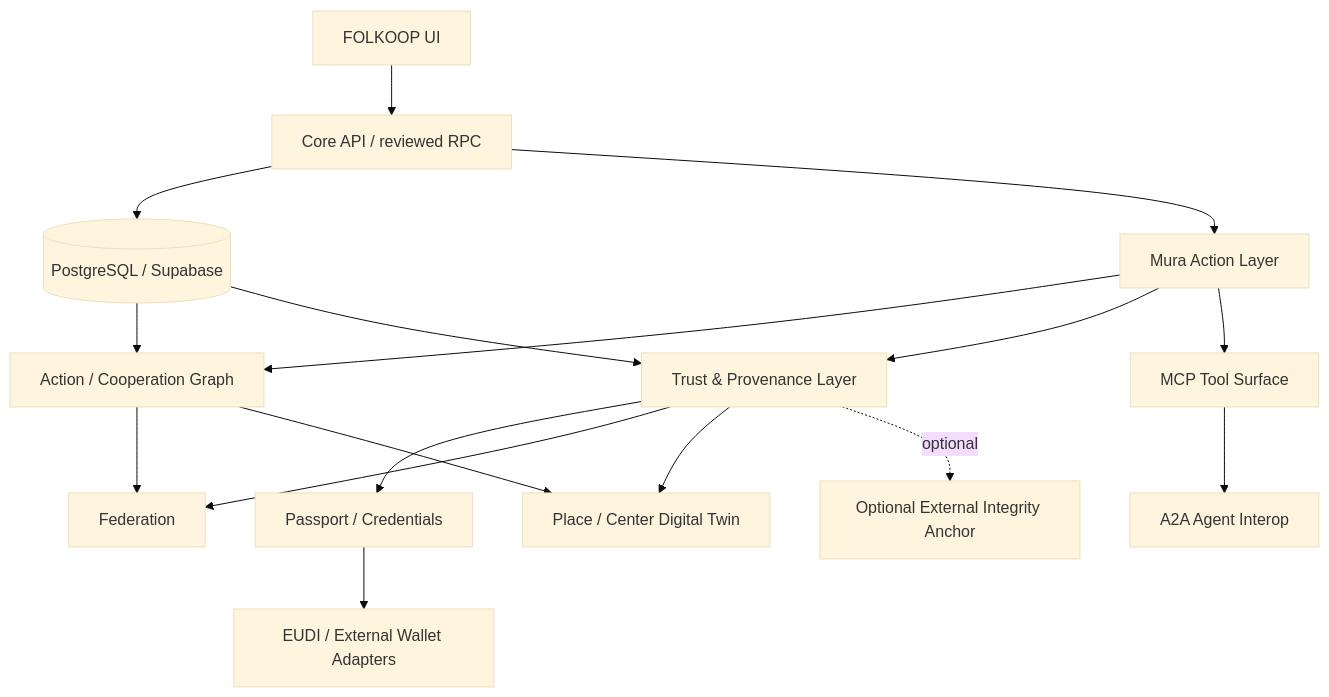
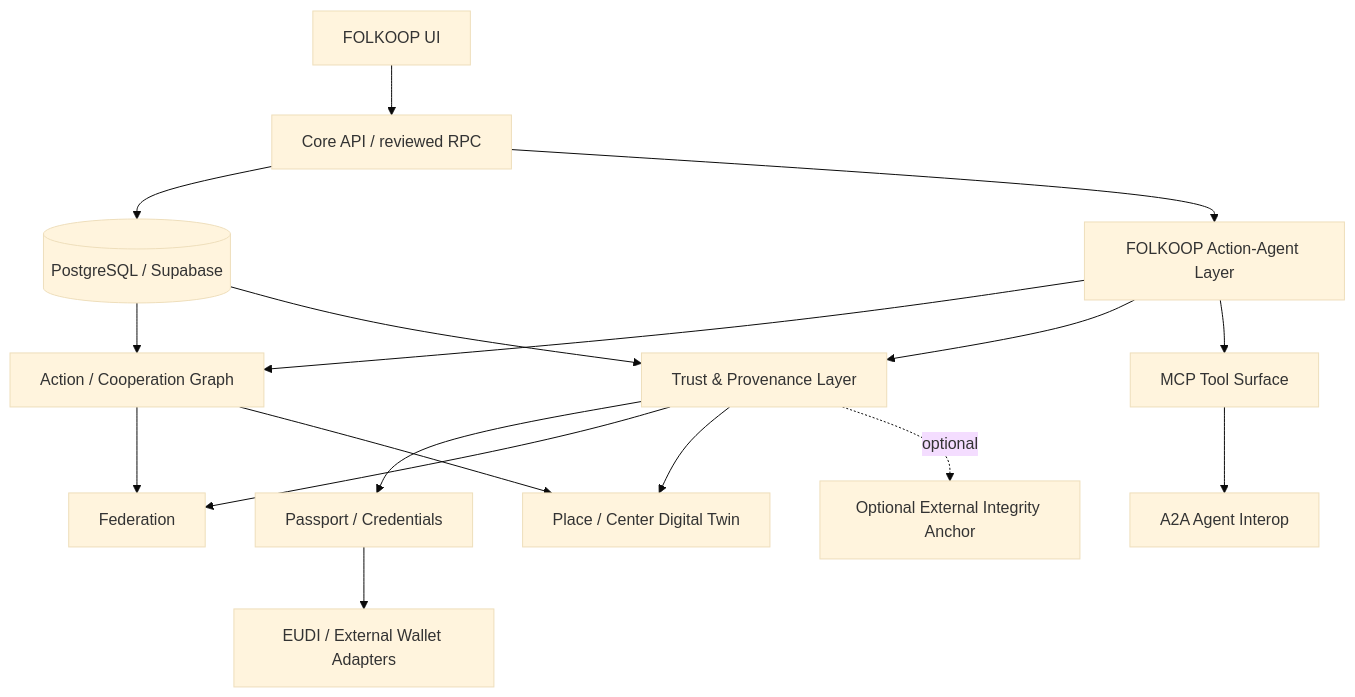
Before and after one commit to chup1runov/Folkoop: the first of 2 diagrams in docs/architecture/TRUST_IDENTITY_WEB4_ARCHITECTURE.md, drawn with Mermaid (base theme). The commit also changed other lines of this file, not shown here.

Commit message:
docs: keep future architecture under single FOLKOOP identity

````diff
--- a/docs/architecture/TRUST_IDENTITY_WEB4_ARCHITECTURE.md
+++ b/docs/architecture/TRUST_IDENTITY_WEB4_ARCHITECTURE.md
@@ -146,33 +146,33 @@
 ```mermaid
 flowchart TB
     UI[FOLKOOP UI]
     CORE[Core API / reviewed RPC]
     DB[(PostgreSQL / Supabase)]
     GRAPH[Action / Cooperation Graph]
     TRUST[Trust & Provenance Layer]
-    MURA[Mura Action Layer]
+    AGENT[FOLKOOP Action-Agent Layer]
     PASS[Passport / Credentials]
     FED[Federation]
     CENTER[Place / Center Digital Twin]
     MCP[MCP Tool Surface]
     A2A[A2A Agent Interop]
     EUDI[EUDI / External Wallet Adapters]
     ANCHOR[Optional External Integrity Anchor]
 
     UI --> CORE
     CORE --> DB
     DB --> GRAPH
     DB --> TRUST
-    CORE --> MURA
-    MURA --> GRAPH
-    MURA --> TRUST
-    MURA --> MCP
+    CORE --> AGENT
+    AGENT --> GRAPH
+    AGENT --> TRUST
+    AGENT --> MCP
     MCP --> A2A
     TRUST --> PASS
     PASS --> EUDI
     GRAPH --> FED
     TRUST --> FED
     GRAPH --> CENTER
     TRUST --> CENTER
     TRUST -. optional .-> ANCHOR
 ```
````
